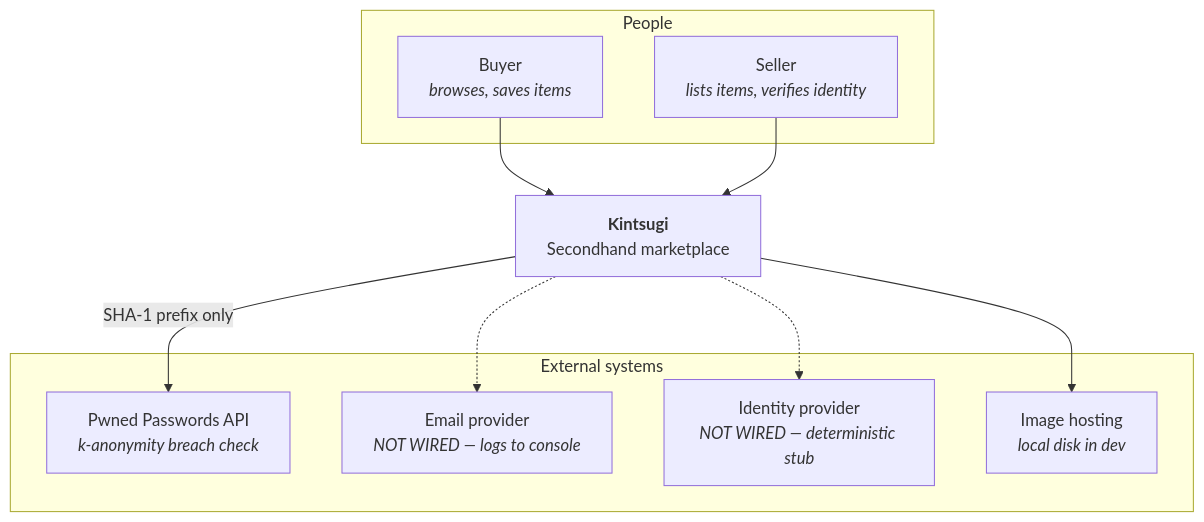
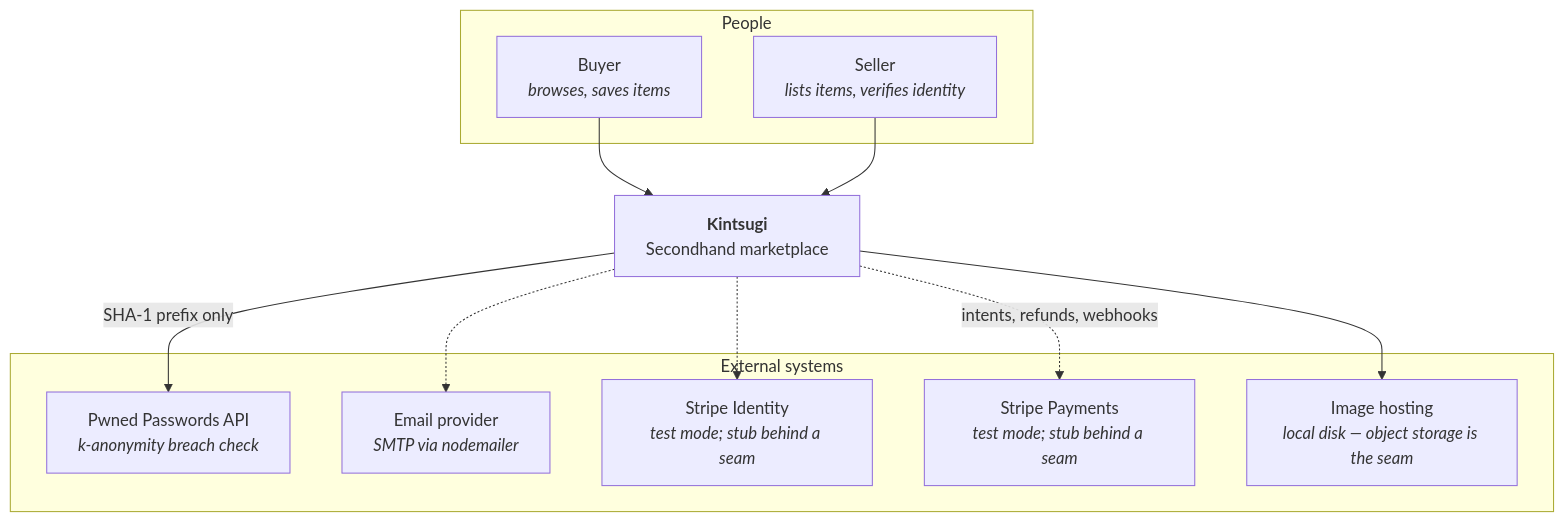
One commit to prefierolasoledad/Kintsugi changed the first of 4 diagrams in docs/architecture/hld.md. Above: the diagram before and after it, drawn with Mermaid. The commit also changed other lines of this file and 7 other files, not shown here.

Commit message:
docs: update CONTRIBUTING, README, SECURITY, and architecture documentation; enhance testing instructions and clarify system components

````diff
--- a/docs/architecture/hld.md
+++ b/docs/architecture/hld.md
@@ -10,23 +10,25 @@
 ```mermaid
 flowchart TB
     subgraph people["People"]
         Buyer["Buyer<br/><i>browses, saves items</i>"]
         Seller["Seller<br/><i>lists items, verifies identity</i>"]
     end
 
     K["<b>Kintsugi</b><br/>Secondhand marketplace"]
 
     subgraph ext["External systems"]
         Pwned["Pwned Passwords API<br/><i>k-anonymity breach check</i>"]
-        Mail["Email provider<br/><i>NOT WIRED — logs to console</i>"]
-        Kyc["Identity provider<br/><i>NOT WIRED — deterministic stub</i>"]
-        CDN["Image hosting<br/><i>local disk in dev</i>"]
+        Mail["Email provider<br/><i>SMTP via nodemailer</i>"]
+        Kyc["Stripe Identity<br/><i>test mode; stub behind a seam</i>"]
+        Pay["Stripe Payments<br/><i>test mode; stub behind a seam</i>"]
+        CDN["Image hosting<br/><i>local disk — object storage is the seam</i>"]
     end
 
     Buyer --> K
     Seller --> K
     K -->|"SHA-1 prefix only"| Pwned
     K -.-> Mail
     K -.-> Kyc
+    K -.->|"intents, refunds, webhooks"| Pay
     K --> CDN
 ```
````
